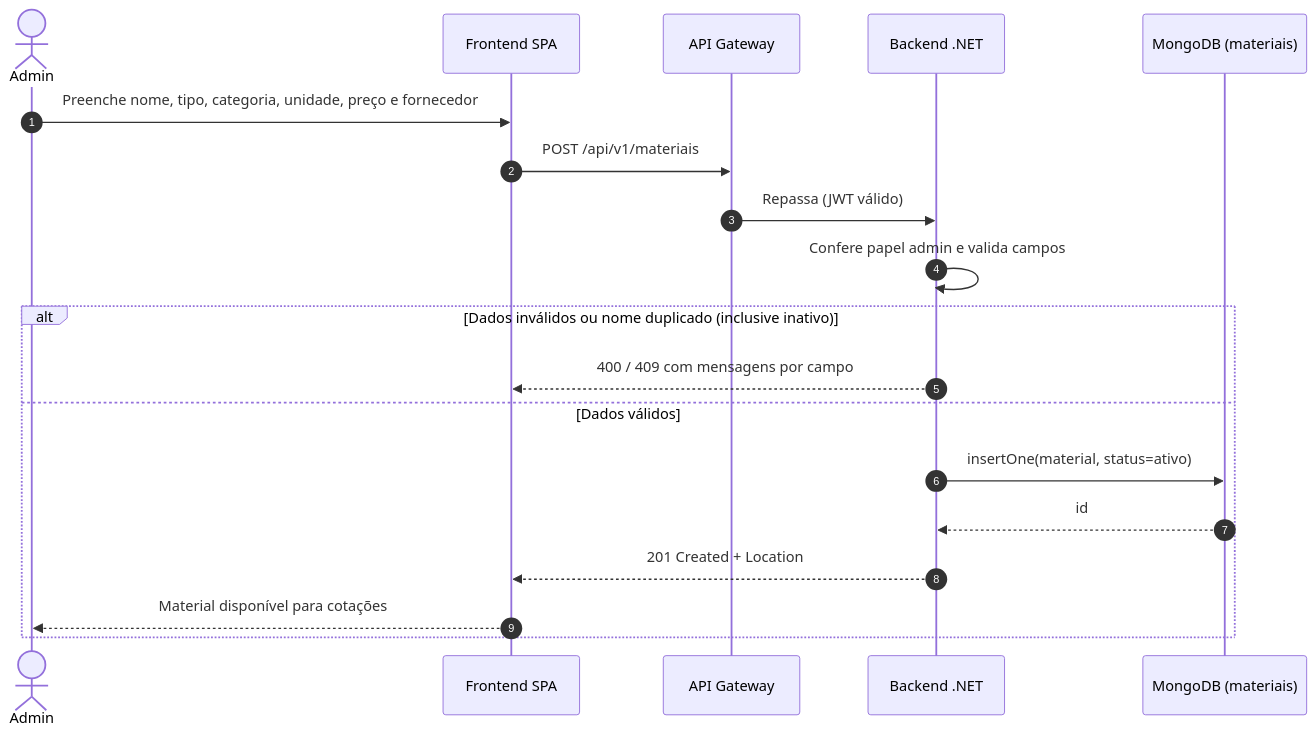
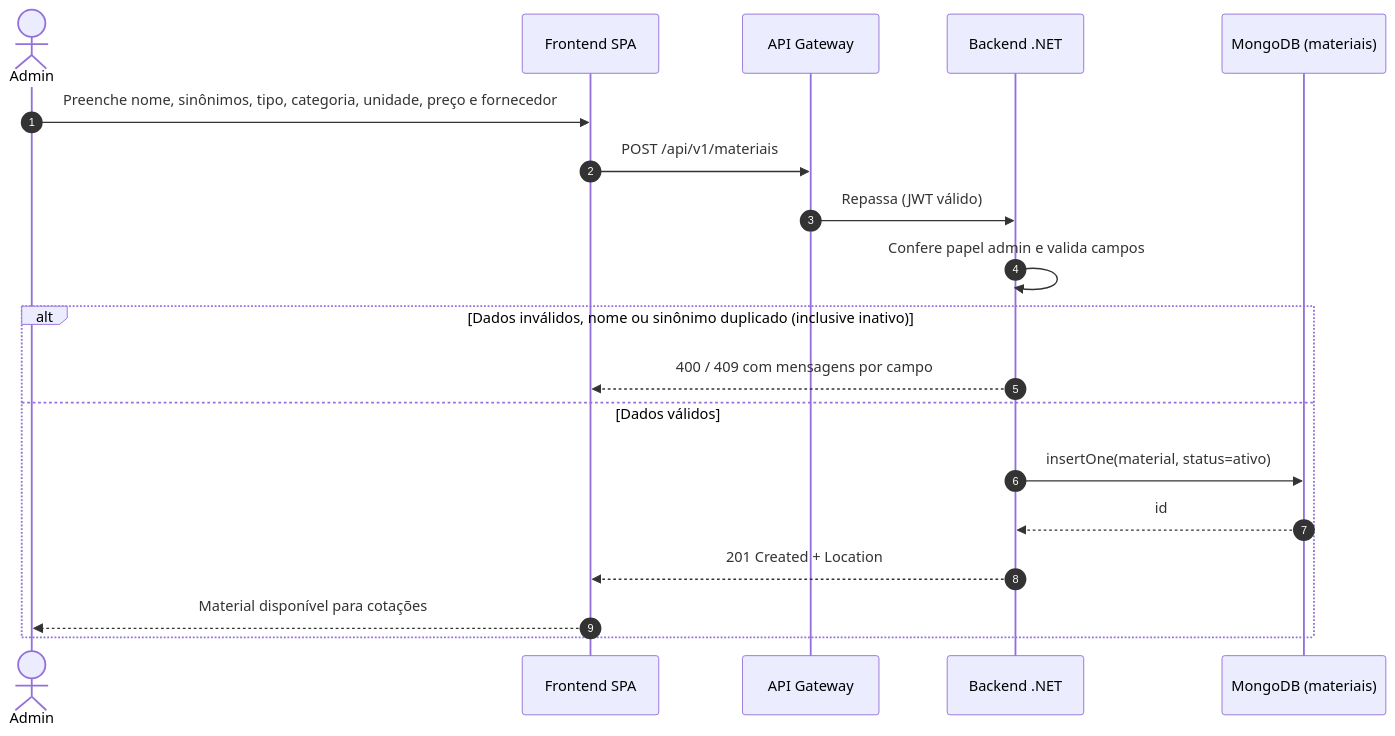
The fourth of 7 diagrams in .ai/architecture.md (rafaelgils/ProjectPricingAI), drawn with Mermaid before and after one commit. The commit also changed other lines of this file and 4 other files, not shown here.

````diff
--- a/.ai/architecture.md
+++ b/.ai/architecture.md
@@ -243,21 +256,21 @@
 ```mermaid
 sequenceDiagram
     autonumber
     actor A as Admin
     participant F as Frontend SPA
     participant G as API Gateway
     participant B as Backend .NET
     participant M as MongoDB (materiais)
-    A->>F: Preenche nome, tipo, categoria, unidade, preço e fornecedor
+    A->>F: Preenche nome, sinônimos, tipo, categoria, unidade, preço e fornecedor
     F->>G: POST /api/v1/materiais
     G->>B: Repassa (JWT válido)
     B->>B: Confere papel admin e valida campos
-    alt Dados inválidos ou nome duplicado (inclusive inativo)
+    alt Dados inválidos, nome ou sinônimo duplicado (inclusive inativo)
         B-->>F: 400 / 409 com mensagens por campo
     else Dados válidos
         B->>M: insertOne(material, status=ativo)
         M-->>B: id
         B-->>F: 201 Created + Location
         F-->>A: Material disponível para cotações
     end
 ```
````
